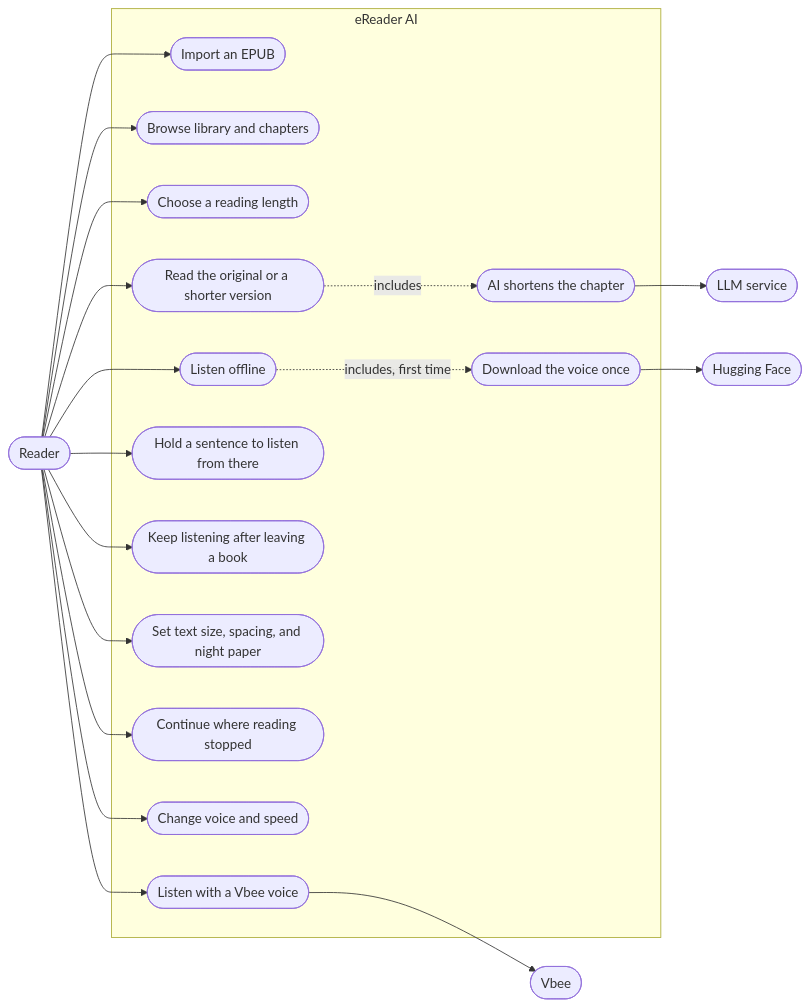
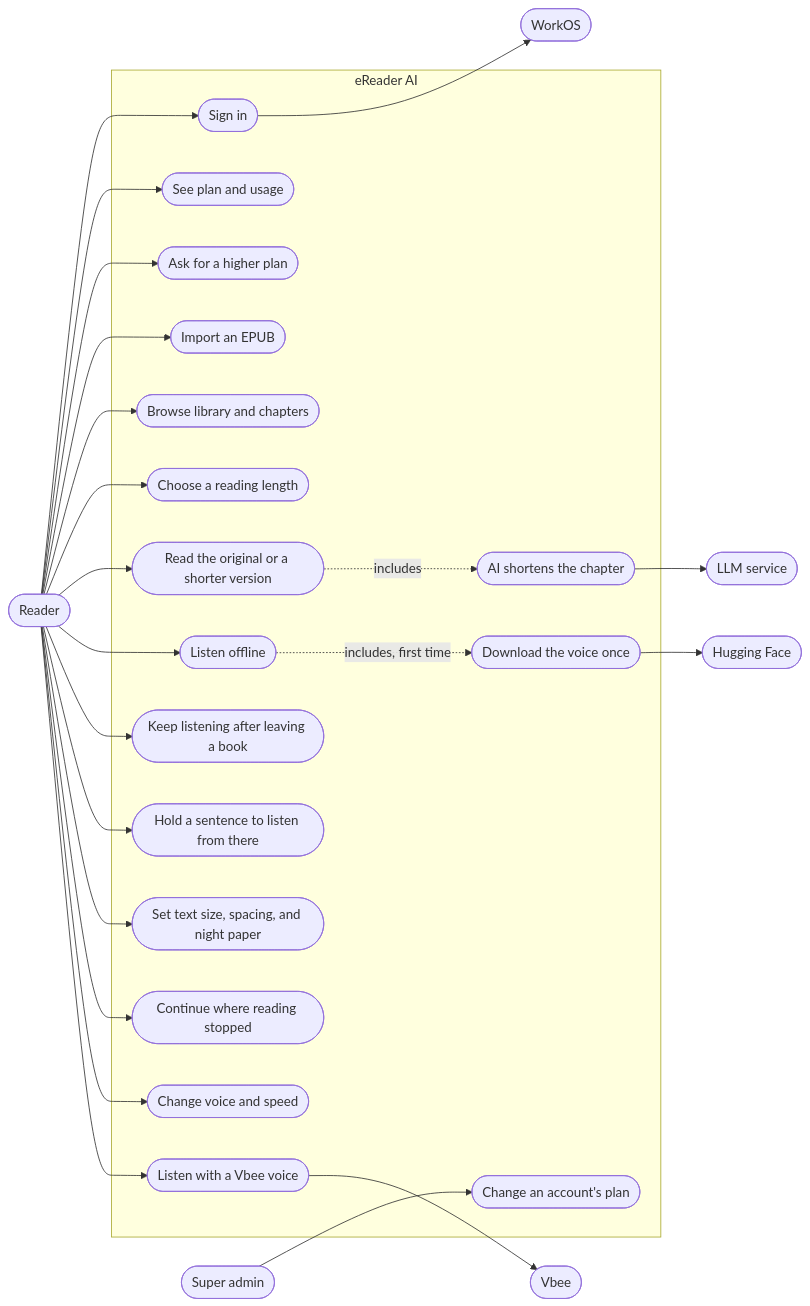
The first of 2 diagrams in README.md (tinwritescode/ereader-ai), drawn with Mermaid before and after one commit. The commit also changed other lines of this file and 36 other files, not shown here.

First line of the commit message:
Sign in on the phone and show the plan

````diff
--- a/README.md
+++ b/README.md
@@ -15,41 +15,53 @@
 ```mermaid
 flowchart LR
     reader(["Reader"])
     llm(["LLM service"])
     hf(["Hugging Face"])
     vbee(["Vbee"])
+    workos(["WorkOS"])
+    admin(["Super admin"])
 
     subgraph app["eReader AI"]
         import(["Import an EPUB"])
         browse(["Browse library and chapters"])
         length(["Choose a reading length"])
         read(["Read the original or a shorter version"])
         shorten(["AI shortens the chapter"])
         listen(["Listen offline"])
         pick(["Hold a sentence to listen from there"])
         keepon(["Keep listening after leaving a book"])
         look(["Set text size, spacing, and night paper"])
         resume(["Continue where reading stopped"])
         download(["Download the voice once"])
         tune(["Change voice and speed"])
         cloud(["Listen with a Vbee voice"])
+        signin(["Sign in"])
+        usage(["See plan and usage"])
+        upgrade(["Ask for a higher plan"])
+        grant(["Change an account's plan"])
     end
+
+    reader --> signin
+    signin --> workos
+    reader --> usage
+    reader --> upgrade
+    admin --> grant
 
     reader --> import
     reader --> browse
     reader --> length
     reader --> read
     reader --> listen
     reader --> keepon
     reader --> pick
     reader --> look
     reader --> resume
     reader --> tune
     reader --> cloud
 
     read -. "includes" .-> shorten
     listen -. "includes, first time" .-> download
     shorten --> llm
     download --> hf
     cloud --> vbee
 ```
````
